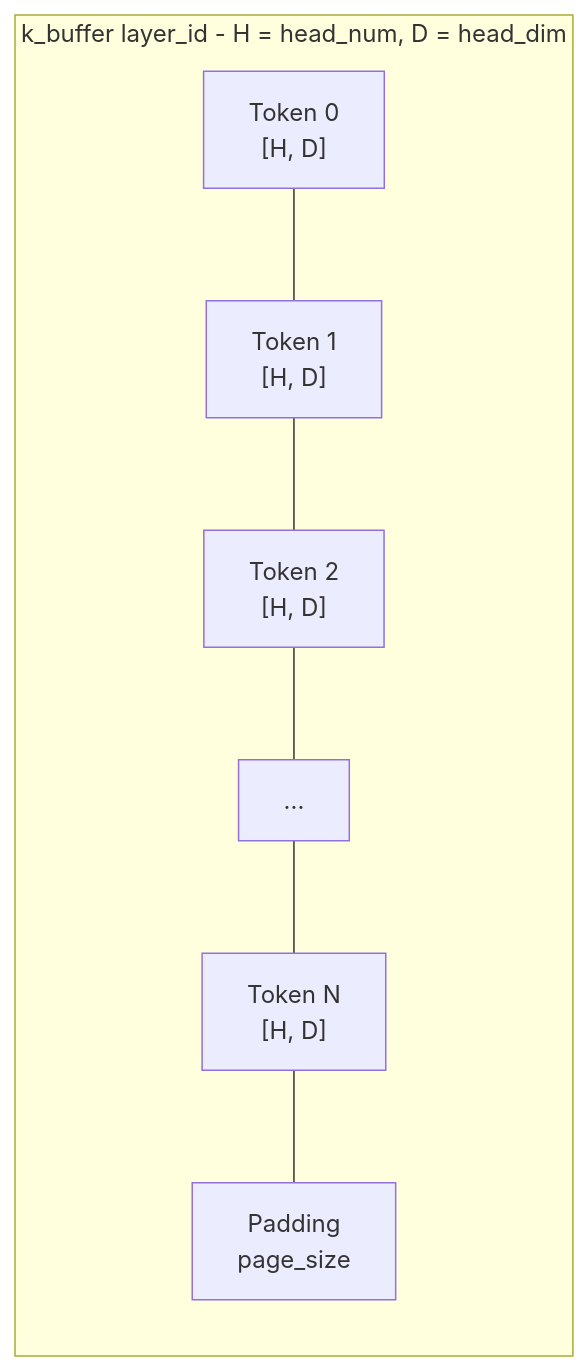
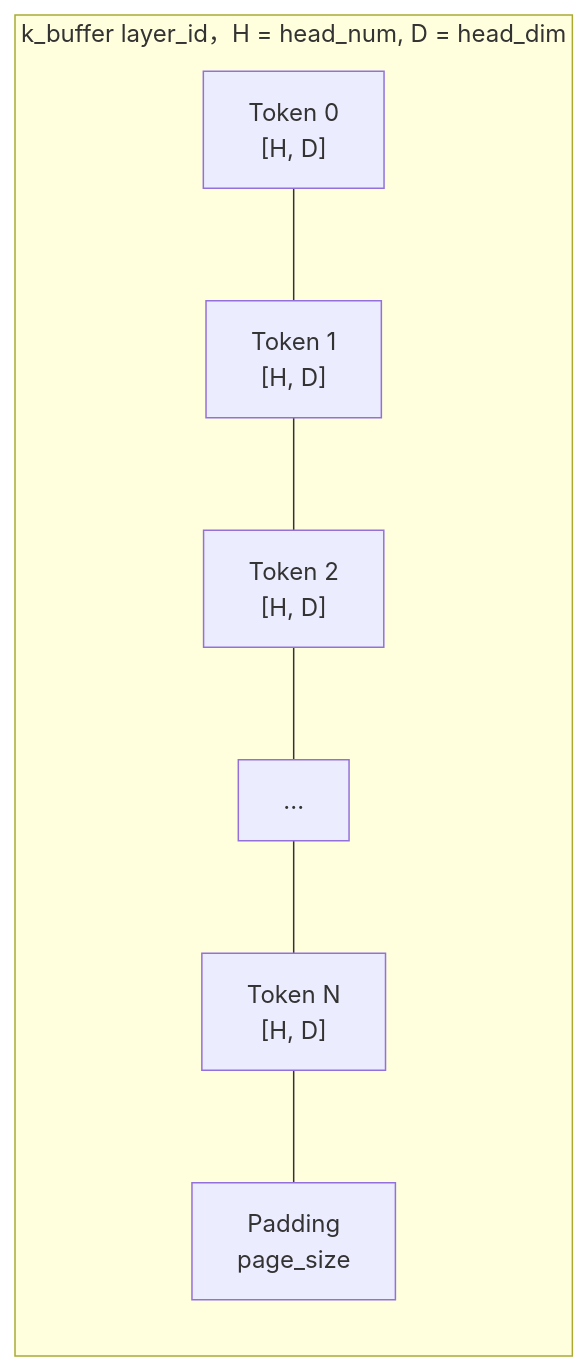
The sixth of 13 diagrams in content/SGLang/05_memory_pool.md (wesleyck/AIInfraNotes), drawn with Mermaid before and after one commit. The commit also changed other lines of this file and 3 other files, not shown here.

````diff
--- a/content/SGLang/05_memory_pool.md
+++ b/content/SGLang/05_memory_pool.md
@@ -158,12 +263,12 @@
 ```mermaid
 flowchart LR
-    subgraph KB["k_buffer layer_id - H = head_num, D = head_dim"]
+    subgraph KB["k_buffer layer_id，H = head_num, D = head_dim"]
         T0["Token 0<br/>[H, D]"]
         T1["Token 1<br/>[H, D]"]
         T2["Token 2<br/>[H, D]"]
         dots["..."]
         TN["Token N<br/>[H, D]"]
         PAD["Padding<br/>page_size"]
         T0 --- T1 --- T2 --- dots --- TN --- PAD
     end
 ```
````
